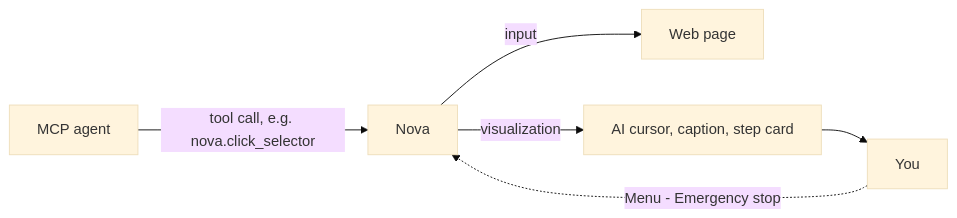
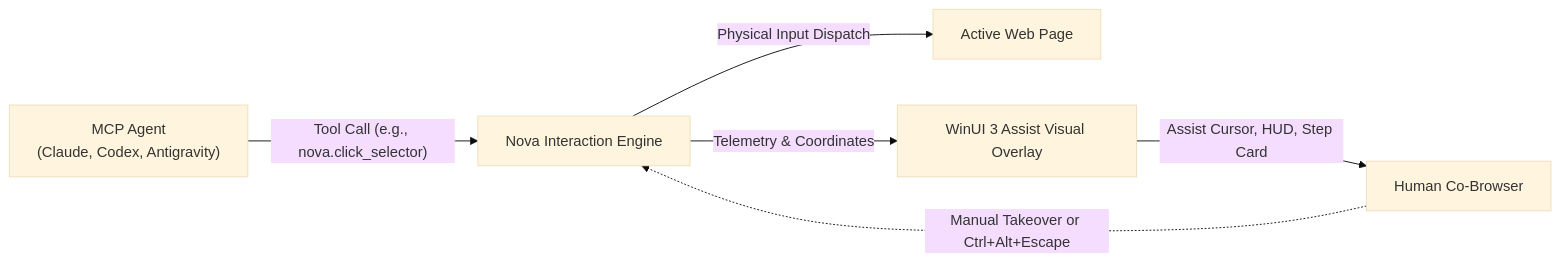
The diagram in docs/user-guide/agents/watching-agent-work.md (joelaniol/nova), drawn with Mermaid (base theme) before and after one commit. The commit also changed other lines of this file and 4 other files, not shown here.

Commit message:
docs(user-guide): overhaul identity, security, and agent live observation guides

````diff
--- a/docs/user-guide/agents/watching-agent-work.md
+++ b/docs/user-guide/agents/watching-agent-work.md
@@ -19,8 +12,8 @@
 ```mermaid
 flowchart LR
-    Agent["MCP agent"] -->|"tool call, e.g. nova.click_selector"| Nova["Nova"]
-    Nova -->|"input"| Page["Web page"]
-    Nova -->|"visualization"| Overlay["AI cursor, caption, step card"]
-    Overlay --> Human["You"]
-    Human -.->|"Menu - Emergency stop"| Nova
+    Agent["MCP Agent<br/>(Claude, Codex, Antigravity)"] -->|"Tool Call (e.g., nova.click_selector)"| Engine["Nova Interaction Engine"]
+    Engine -->|"Physical Input Dispatch"| Page["Active Web Page"]
+    Engine -->|"Telemetry & Coordinates"| Overlay["WinUI 3 Assist Visual Overlay"]
+    Overlay -->|"Assist Cursor, HUD, Step Card"| User["Human Co-Browser"]
+    User -.->|"Manual Takeover or Ctrl+Alt+Escape"| Engine
 ```
````
